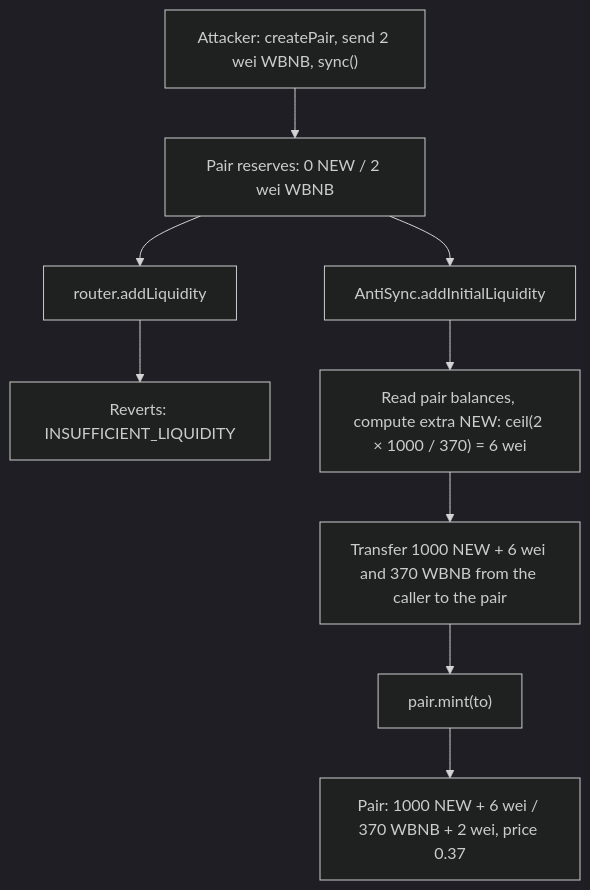
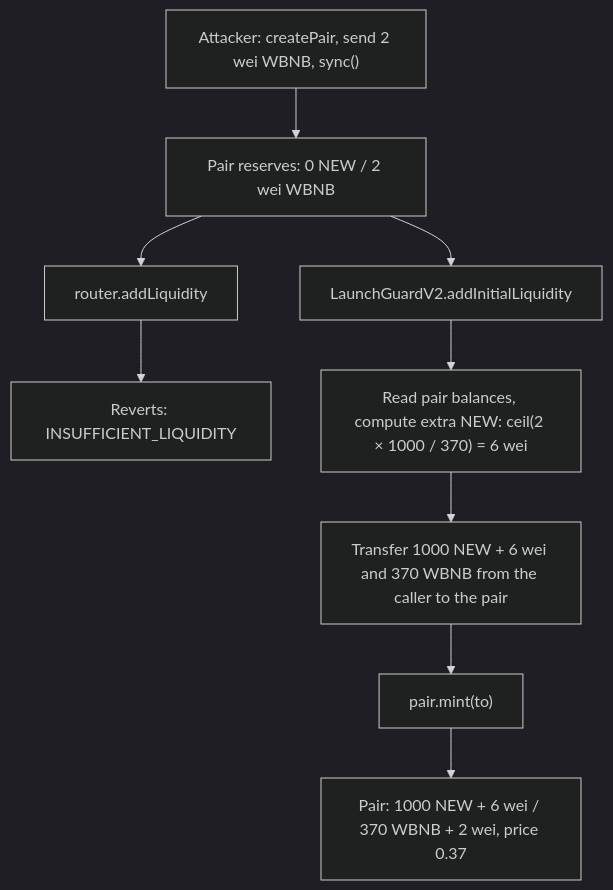
Before and after one commit to catcatcat8/amm-launch-guard: the diagram in README.md, drawn with Mermaid (dark theme). The commit also changed other lines of this file and 12 other files, not shown here.

First line of the commit message:
refactor: rename AntiSync to LaunchGuardV2

````diff
--- a/README.md
+++ b/README.md
@@ -31,11 +31,11 @@
 ```mermaid
 flowchart TD
     A["Attacker: createPair, send 2 wei WBNB, sync()"] --> B["Pair reserves: 0 NEW / 2 wei WBNB"]
     B --> C["router.addLiquidity"]
     C --> D["Reverts: INSUFFICIENT_LIQUIDITY"]
-    B --> E["AntiSync.addInitialLiquidity"]
+    B --> E["LaunchGuardV2.addInitialLiquidity"]
     E --> F["Read pair balances, compute extra NEW: ceil(2 × 1000 / 370) = 6 wei"]
     F --> G["Transfer 1000 NEW + 6 wei and 370 WBNB from the caller to the pair"]
     G --> H["pair.mint(to)"]
     H --> I["Pair: 1000 NEW + 6 wei / 370 WBNB + 2 wei, price 0.37"]
 ```
````
